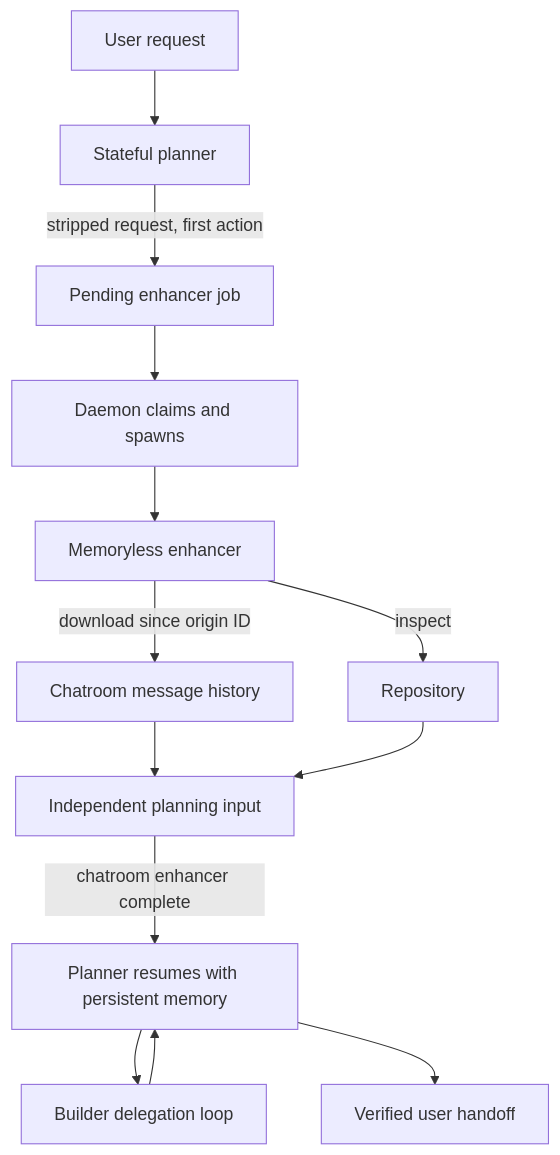
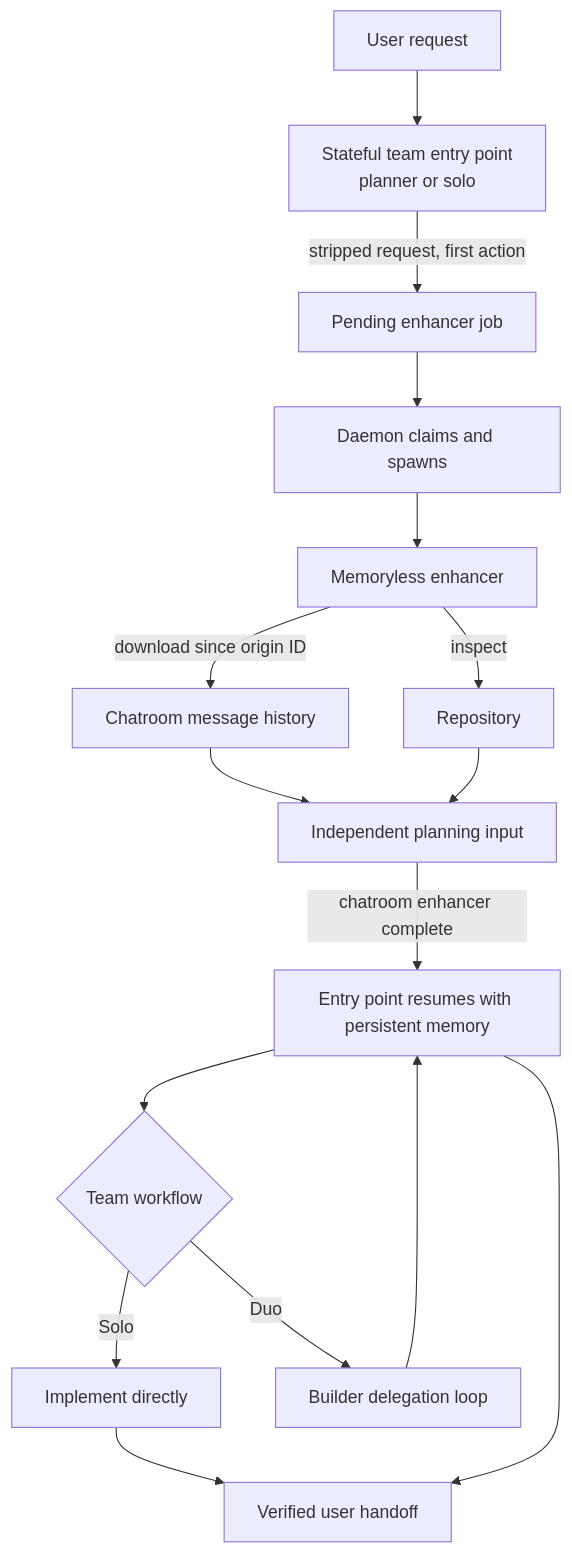
Before and after one commit to conradkoh/chatroom: the diagram in docs/plans/enhancers.md, drawn with Mermaid. The commit also changed other lines of this file and 2 other files, not shown here.

Commit message:
docs(enhancer): document solo entry-point workflow

````diff
--- a/docs/plans/enhancers.md
+++ b/docs/plans/enhancers.md
@@ -78,15 +86,18 @@
 ```mermaid
 flowchart TD
-    U[User request] --> P[Stateful planner]
+    U[User request] --> P[Stateful team entry point<br/>planner or solo]
     P -->|stripped request, first action| E[Pending enhancer job]
     E --> D[Daemon claims and spawns]
     D --> H[Memoryless enhancer]
     H -->|download since origin ID| M[Chatroom message history]
     H -->|inspect| R[Repository]
     M --> A[Independent planning input]
     R --> A
-    A -->|chatroom enhancer complete| P2[Planner resumes with persistent memory]
-    P2 --> B[Builder delegation loop]
-    B --> P2
+    A -->|chatroom enhancer complete| P2[Entry point resumes with persistent memory]
+    P2 --> B{Team workflow}
+    B -->|Solo| I[Implement directly]
+    B -->|Duo| D2[Builder delegation loop]
+    D2 --> P2
+    I --> X[Verified user handoff]
     P2 --> X[Verified user handoff]
 ```
````
